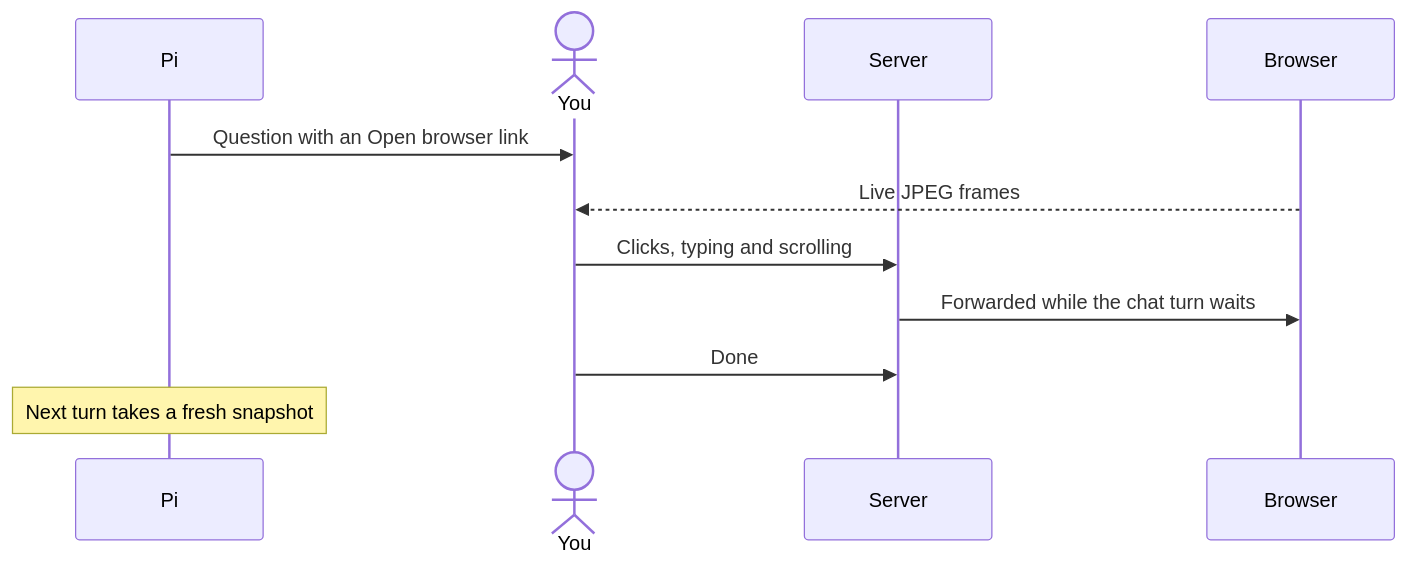
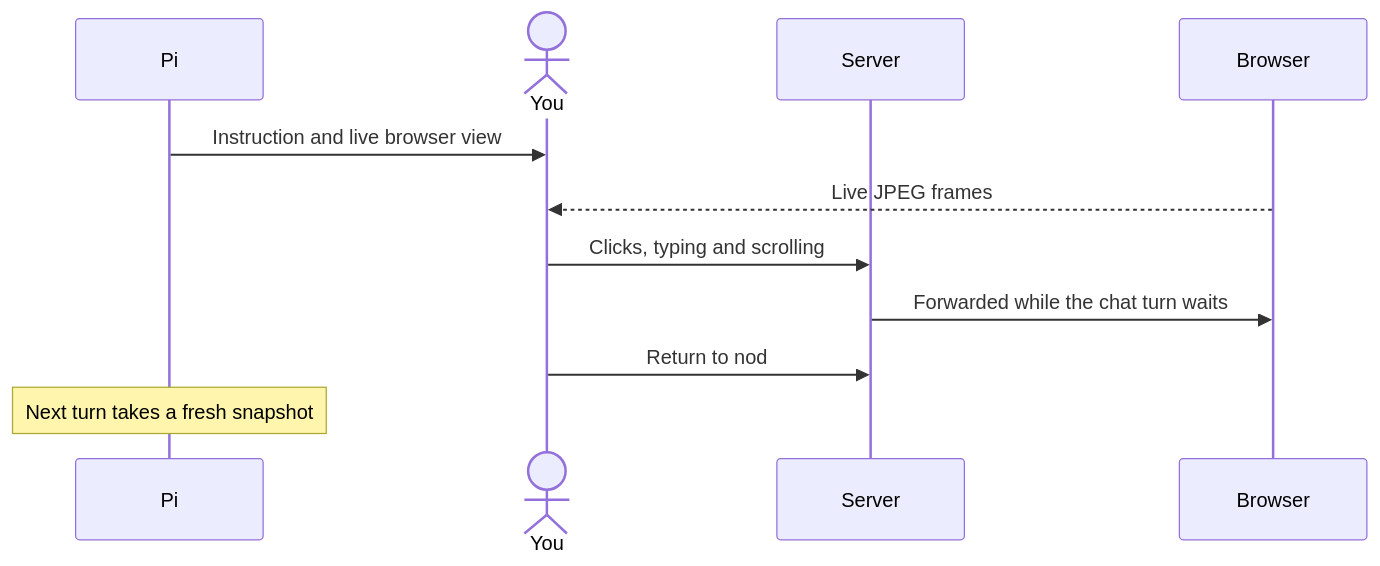
The second of 2 diagrams in docs/src/content/docs/how-it-works/sandbox-and-browser.md (n8n-io/nod), drawn with Mermaid before and after one commit. The commit also changed other lines of this file and 28 other files, not shown here.

````diff
--- a/docs/src/content/docs/how-it-works/sandbox-and-browser.md
+++ b/docs/src/content/docs/how-it-works/sandbox-and-browser.md
@@ -101,13 +101,13 @@
 ```mermaid
 sequenceDiagram
   participant Pi
   actor You
   participant Server
   participant Browser
-  Pi->>You: Question with an Open browser link
+  Pi->>You: Instruction and live browser view
   Browser-->>You: Live JPEG frames
   You->>Server: Clicks, typing and scrolling
   Server->>Browser: Forwarded while the chat turn waits
-  You->>Server: Done
+  You->>Server: Return to nod
   Note over Pi: Next turn takes a fresh snapshot
 ```
````
